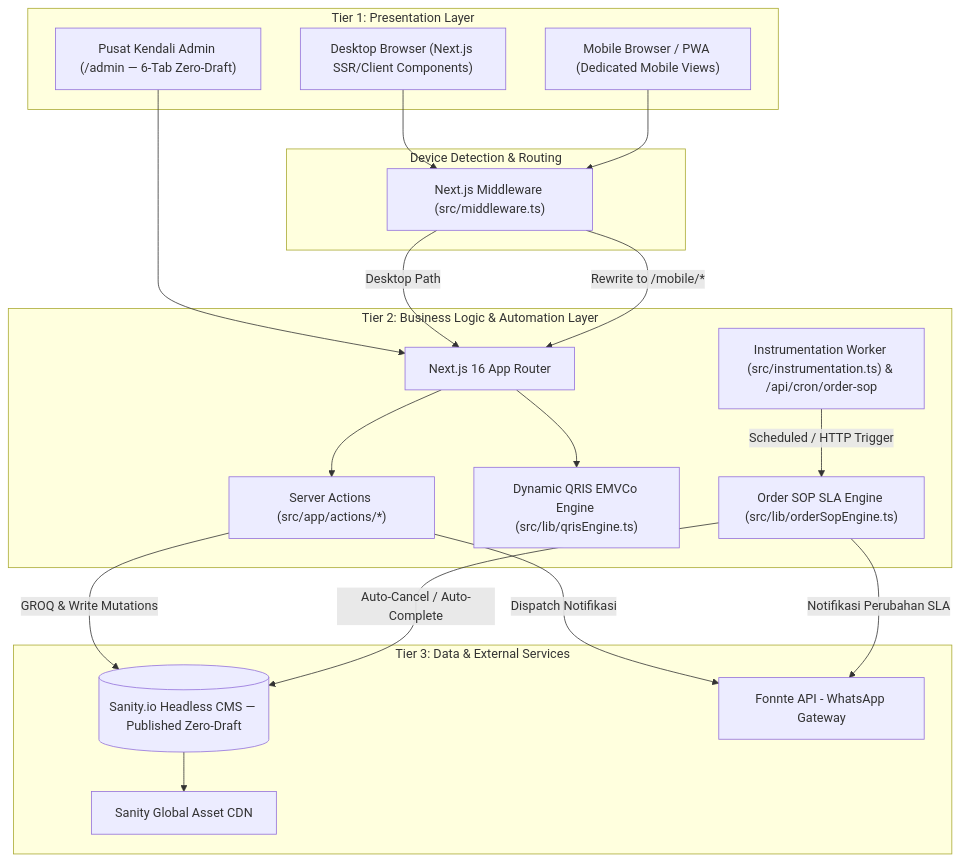
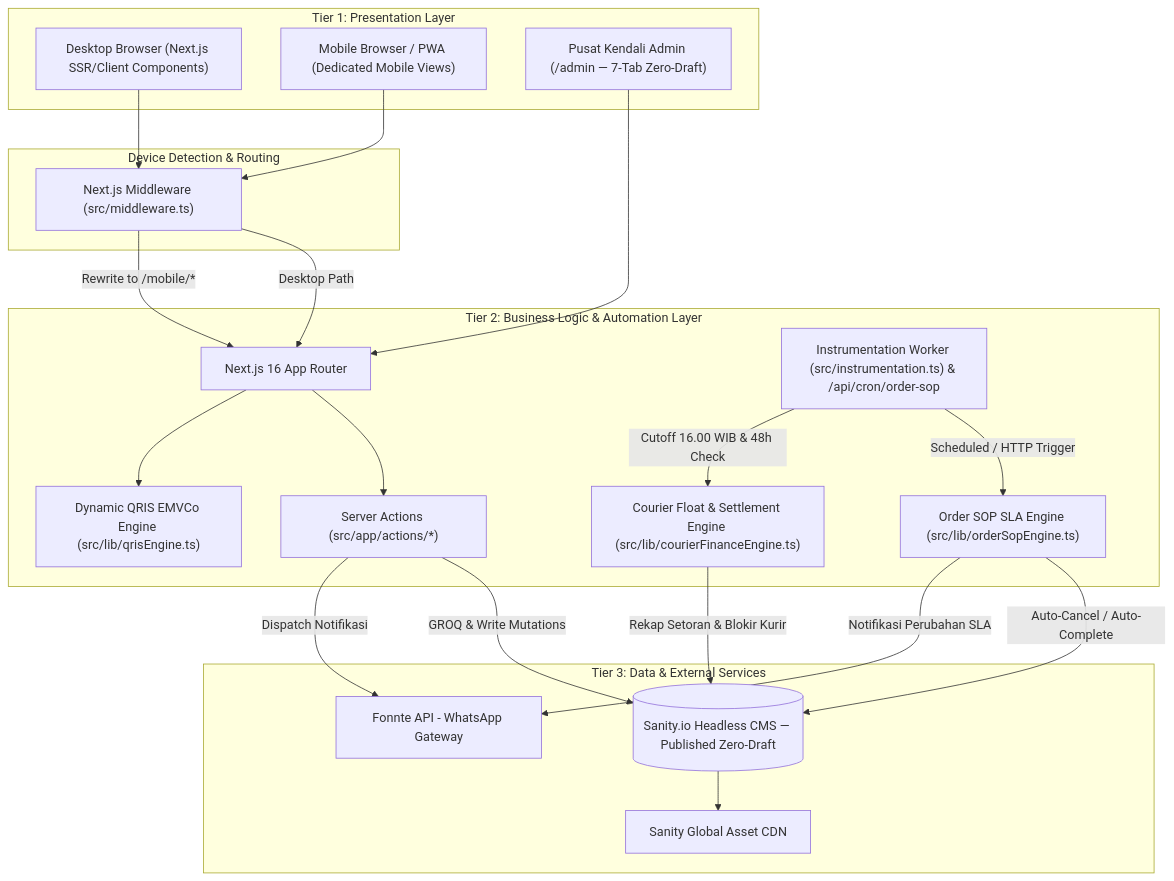
Before and after one commit to Noisesless/pawon-2.0: the first of 2 diagrams in .docs/architecture.md, drawn with Mermaid. The commit also changed other lines of this file and 9 other files, not shown here.

Commit message:
docs: sync all 9 .docs files and README for courier finance, 1-link flow, and privacy guard

````diff
--- a/.docs/architecture.md
+++ b/.docs/architecture.md
@@ -12,40 +12,43 @@
 ```mermaid
 graph TD
     subgraph Client ["Tier 1: Presentation Layer"]
         Desktop["Desktop Browser (Next.js SSR/Client Components)"]
         Mobile["Mobile Browser / PWA (Dedicated Mobile Views)"]
-        AdminUI["Pusat Kendali Admin (/admin — 6-Tab Zero-Draft)"]
+        AdminUI["Pusat Kendali Admin (/admin — 7-Tab Zero-Draft)"]
     end
 
     subgraph Middleware ["Device Detection & Routing"]
         MW["Next.js Middleware (src/middleware.ts)"]
     end
 
     subgraph Server ["Tier 2: Business Logic & Automation Layer"]
         AppRouter["Next.js 16 App Router"]
         ServerActions["Server Actions (src/app/actions/*)"]
         QrisEngine["Dynamic QRIS EMVCo Engine (src/lib/qrisEngine.ts)"]
+        FinanceEngine["Courier Float & Settlement Engine (src/lib/courierFinanceEngine.ts)"]
         SopEngine["Order SOP SLA Engine (src/lib/orderSopEngine.ts)"]
         Worker["Instrumentation Worker (src/instrumentation.ts) & /api/cron/order-sop"]
     end
 
     subgraph Backend ["Tier 3: Data & External Services"]
         Sanity[(Sanity.io Headless CMS — Published Zero-Draft)]
         Fonnte[Fonnte API - WhatsApp Gateway]
         CDN[Sanity Global Asset CDN]
     end
 
     Desktop --> MW
     Mobile --> MW
     AdminUI --> AppRouter
     MW -->|Desktop Path| AppRouter
     MW -->|Rewrite to /mobile/*| AppRouter
     AppRouter --> ServerActions
     AppRouter --> QrisEngine
     ServerActions -->|GROQ & Write Mutations| Sanity
     ServerActions -->|Dispatch Notifikasi| Fonnte
     Worker -->|Scheduled / HTTP Trigger| SopEngine
+    Worker -->|Cutoff 16.00 WIB & 48h Check| FinanceEngine
+    FinanceEngine -->|Rekap Setoran & Blokir Kurir| Sanity
     SopEngine -->|Auto-Cancel / Auto-Complete| Sanity
     SopEngine -->|Notifikasi Perubahan SLA| Fonnte
     Sanity --> CDN
 ```
````
